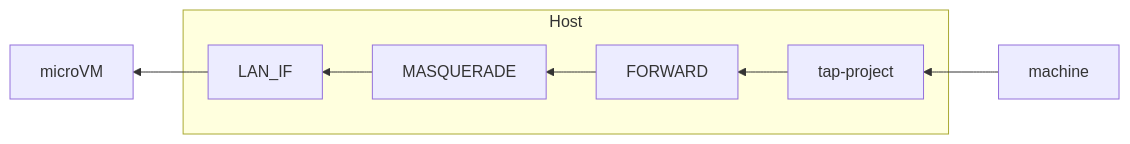
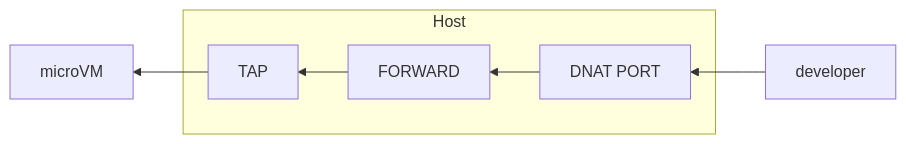
One commit to cycl00ps/bap changed the second of 4 diagrams in README.md. Above: the diagram before and after it, drawn with Mermaid.

````diff
--- a/README.md
+++ b/README.md
@@ -47,10 +47,9 @@
 ```mermaid
 flowchart RL
   subgraph host [Host]
-    TAP[tap-project]
+    TAP[DNAT PORT]
     FW[FORWARD]
-    NAT[MASQUERADE]
-    LAN[LAN_IF]
+    NAT[TAP]
   end
-  Developer[machine] --> TAP --> FW --> NAT --> LAN --> VM[microVM]
+  Developer[developer] --> TAP --> FW --> NAT --> VM[microVM]
 ```
````
